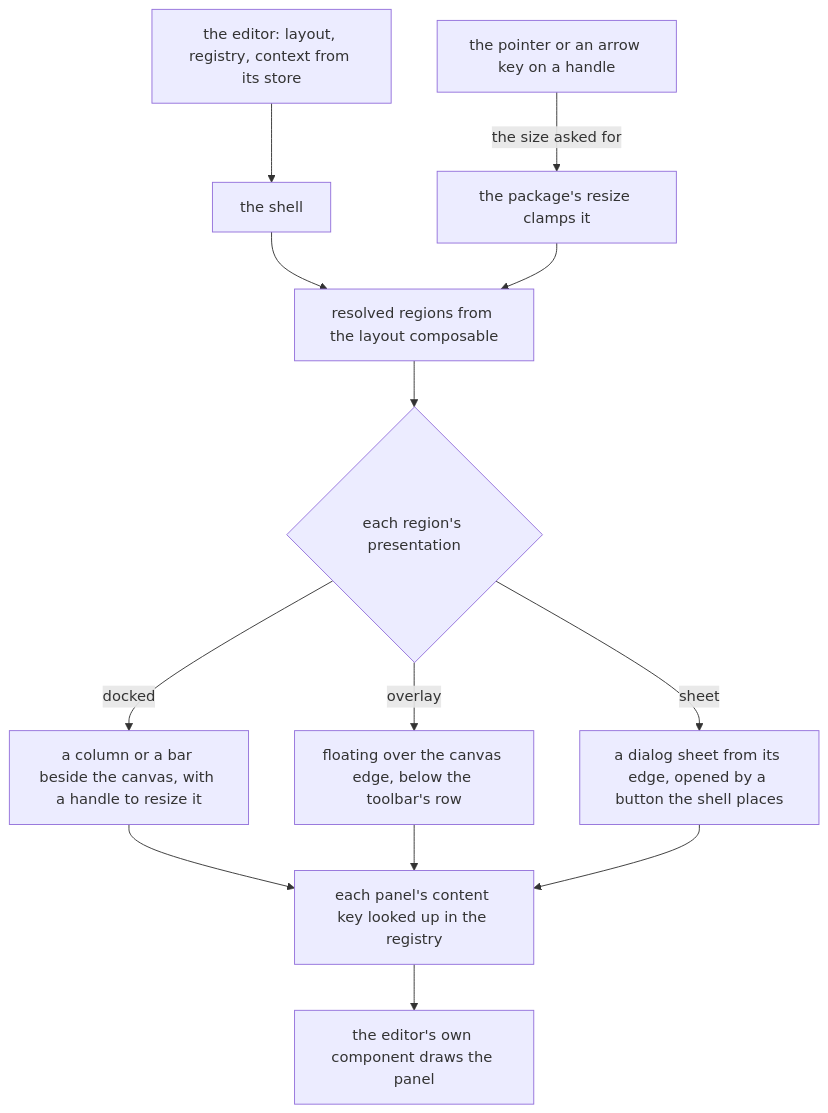
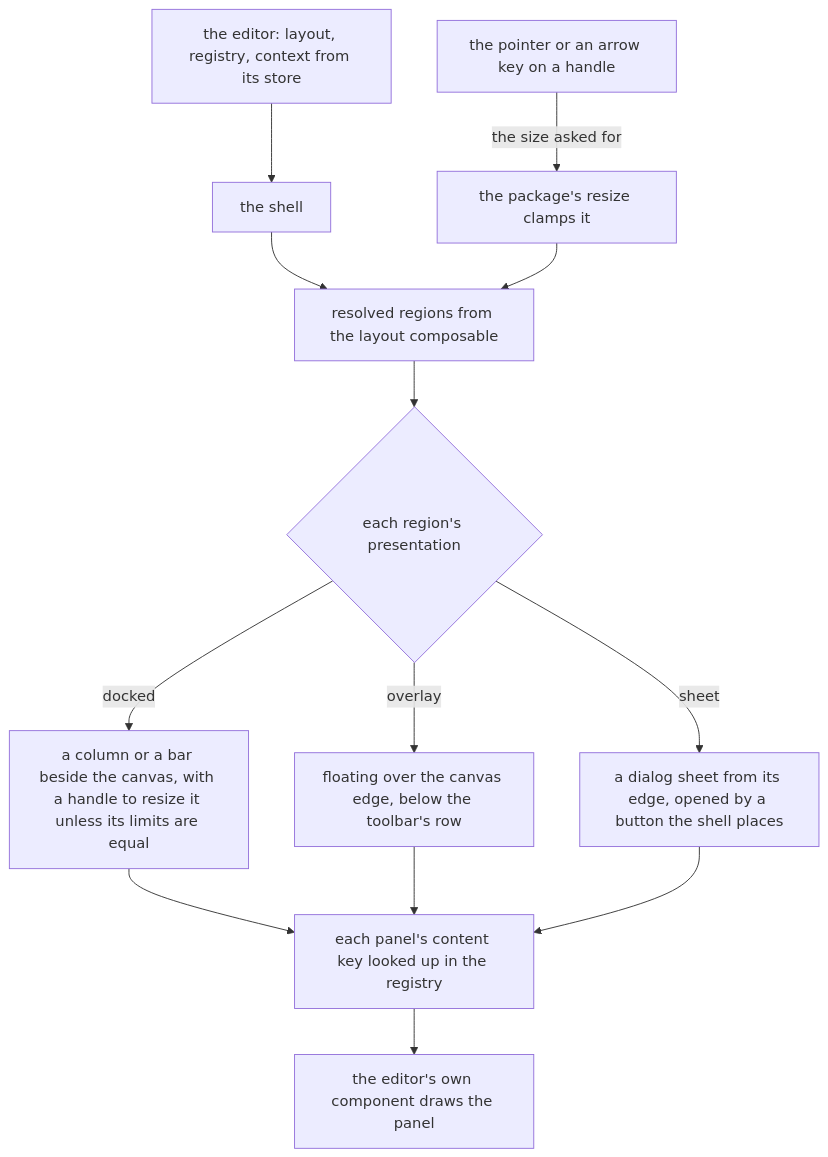
Before and after one commit to Esposter/Esposter: the diagram in openspec/changes/resource-editor-shell/design.md, drawn with Mermaid. The commit also changed other lines of this file and 4 other files, not shown here.

First line of the commit message:
fix(editor): a region with equal limits draws no resize handle

````diff
--- a/openspec/changes/resource-editor-shell/design.md
+++ b/openspec/changes/resource-editor-shell/design.md
@@ -11,15 +11,15 @@
 ```mermaid
 flowchart TD
   EDITOR["the editor: layout, registry, context from its store"] --> SHELL["the shell"]
   SHELL --> RESOLVED["resolved regions from the layout composable"]
   RESOLVED --> PRESENT{"each region's presentation"}
-  PRESENT -->|docked| DOCK["a column or a bar beside the canvas, with a handle to resize it"]
+  PRESENT -->|docked| DOCK["a column or a bar beside the canvas, with a handle to resize it unless its limits are equal"]
   PRESENT -->|overlay| FLOAT["floating over the canvas edge, below the toolbar's row"]
   PRESENT -->|sheet| SHEET["a dialog sheet from its edge, opened by a button the shell places"]
   DOCK --> CONTENT["each panel's content key looked up in the registry"]
   FLOAT --> CONTENT
   SHEET --> CONTENT
   CONTENT --> DRAW["the editor's own component draws the panel"]
   HANDLE["the pointer or an arrow key on a handle"] -->|"the size asked for"| RESIZE["the package's resize clamps it"]
   RESIZE --> RESOLVED
 ```
````
